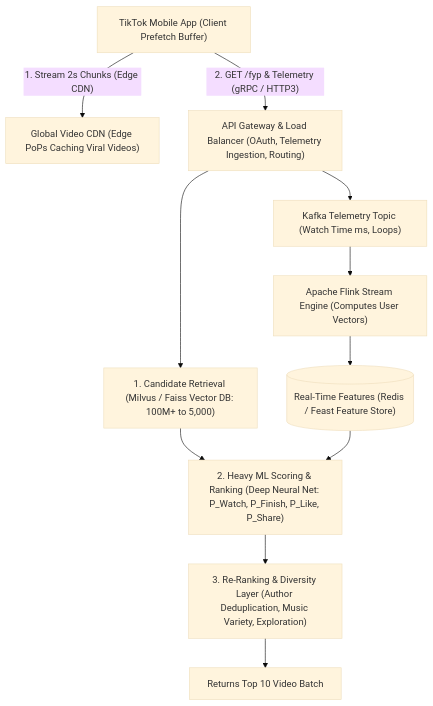
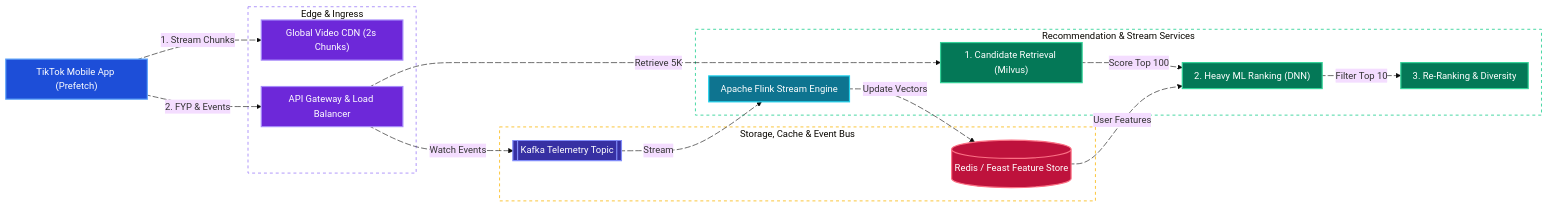
Before and after one commit to tarunbatta/tech-interview-prep: the first of 4 diagrams in system-design/tiktok.md, drawn with Mermaid (base theme). The commit also changed other lines of this file and 30 other files, not shown here.

First line of the commit message:
docs(system-design): convert Mermaid flowcharts to LR with colors and animated edges

````diff
--- a/system-design/tiktok.md
+++ b/system-design/tiktok.md
@@ -65,13 +65,56 @@
 ```mermaid
-flowchart TD
-    App["TikTok Mobile App (Client Prefetch Buffer)"] -->|"1. Stream 2s Chunks (Edge CDN)"| CDN["Global Video CDN (Edge PoPs Caching Viral Videos)"]
-    App -->|"2. GET /fyp & Telemetry (gRPC / HTTP3)"| Gateway["API Gateway & Load Balancer (OAuth, Telemetry Ingestion, Routing)"]
-    Gateway --> CandRetrieval["1. Candidate Retrieval (Milvus / Faiss Vector DB: 100M+ to 5,000)"]
-    Gateway --> KafkaTelem["Kafka Telemetry Topic (Watch Time ms, Loops)"]
-    CandRetrieval --> HeavyRank["2. Heavy ML Scoring & Ranking (Deep Neural Net: P_Watch, P_Finish, P_Like, P_Share)"]
-    KafkaTelem --> FlinkEngine["Apache Flink Stream Engine (Computes User Vectors)"]
-    FlinkEngine --> FeatureStore[("Real-Time Features (Redis / Feast Feature Store)")]
-    FeatureStore --> HeavyRank
-    HeavyRank --> ReRank["3. Re-Ranking & Diversity Layer (Author Deduplication, Music Variety, Exploration)"]
-    ReRank --> BatchOut["Returns Top 10 Video Batch"]
+%%{init: {'flowchart': {'nodeSpacing': 25, 'rankSpacing': 45, 'padding': 10}}}%%
+flowchart LR
+    App["TikTok Mobile App (Prefetch)"]
+    subgraph EdgeTier["Edge & Ingress"]
+        CDN["Global Video CDN (2s Chunks)"]
+        Gateway["API Gateway & Load Balancer"]
+    end
+    subgraph AppBackend["Recommendation & Stream Services"]
+        CandRetrieval["1. Candidate Retrieval (Milvus)"]
+        HeavyRank["2. Heavy ML Ranking (DNN)"]
+        ReRank["3. Re-Ranking & Diversity"]
+        FlinkEngine["Apache Flink Stream Engine"]
+    end
+    subgraph DataLayer["Storage, Cache & Event Bus"]
+        KafkaTelem[["Kafka Telemetry Topic"]]
+        FeatureStore[("Redis / Feast Feature Store")]
+    end
+    App e1@-->|"1. Stream Chunks"| CDN
+    App e2@-->|"2. FYP & Events"| Gateway
+    Gateway e3@-->|"Retrieve 5K"| CandRetrieval
+    Gateway e4@-->|"Watch Events"| KafkaTelem
+    CandRetrieval e5@-->|"Score Top 100"| HeavyRank
+    HeavyRank e6@-->|"Filter Top 10"| ReRank
+    KafkaTelem e7@-->|"Stream"| FlinkEngine
+    FlinkEngine e8@-->|"Update Vectors"| FeatureStore
+    FeatureStore e9@-->|"User Features"| HeavyRank
+
+    e1@{ animate: true }
+    e2@{ animate: true }
+    e3@{ animate: true }
+    e4@{ animate: true }
+    e5@{ animate: true }
+    e6@{ animate: true }
+    e7@{ animate: true }
+    e8@{ animate: true }
+    e9@{ animate: true }
+
+    classDef client fill:#1d4ed8,stroke:#60a5fa,stroke-width:2px,color:#ffffff
+    classDef edge fill:#6d28d9,stroke:#a78bfa,stroke-width:2px,color:#ffffff
+    classDef service fill:#047857,stroke:#34d399,stroke-width:2px,color:#ffffff
+    classDef worker fill:#0e7490,stroke:#22d3ee,stroke-width:2px,color:#ffffff
+    classDef cache fill:#be123c,stroke:#fb7185,stroke-width:2px,color:#ffffff
+    classDef queue fill:#3730a3,stroke:#818cf8,stroke-width:2px,color:#ffffff
+
+    class App client
+    class CDN,Gateway edge
+    class CandRetrieval,HeavyRank,ReRank service
+    class FlinkEngine worker
+    class FeatureStore cache
+    class KafkaTelem queue
+
+    style EdgeTier fill:transparent,stroke:#a78bfa,stroke-width:1.5px,stroke-dasharray: 5 5
+    style AppBackend fill:transparent,stroke:#34d399,stroke-width:1.5px,stroke-dasharray: 5 5
+    style DataLayer fill:transparent,stroke:#fbbf24,stroke-width:1.5px,stroke-dasharray: 5 5
 ```
````
